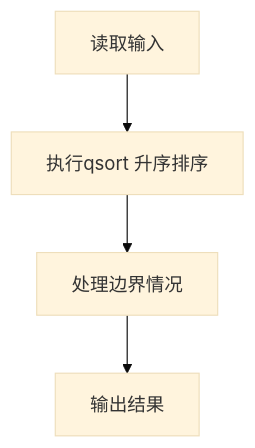
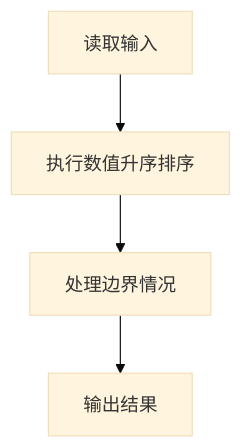
The first of 2 diagrams in 编程题/7-12 排序.md (pta-program/DSAPS_article_by_js), drawn with Mermaid (base theme) before and after one commit. The commit also changed other lines of this file and 65 other files, not shown here.

````diff
--- a/编程题/7-12 排序.md
+++ b/编程题/7-12 排序.md
@@ -104,6 +69,6 @@
 ```mermaid
 flowchart TD
-    A[读取输入] --> B[执行qsort 升序排序]
+    A[读取输入] --> B[执行数值升序排序]
     B --> C[处理边界情况]
     C --> D[输出结果]
 ```
````
